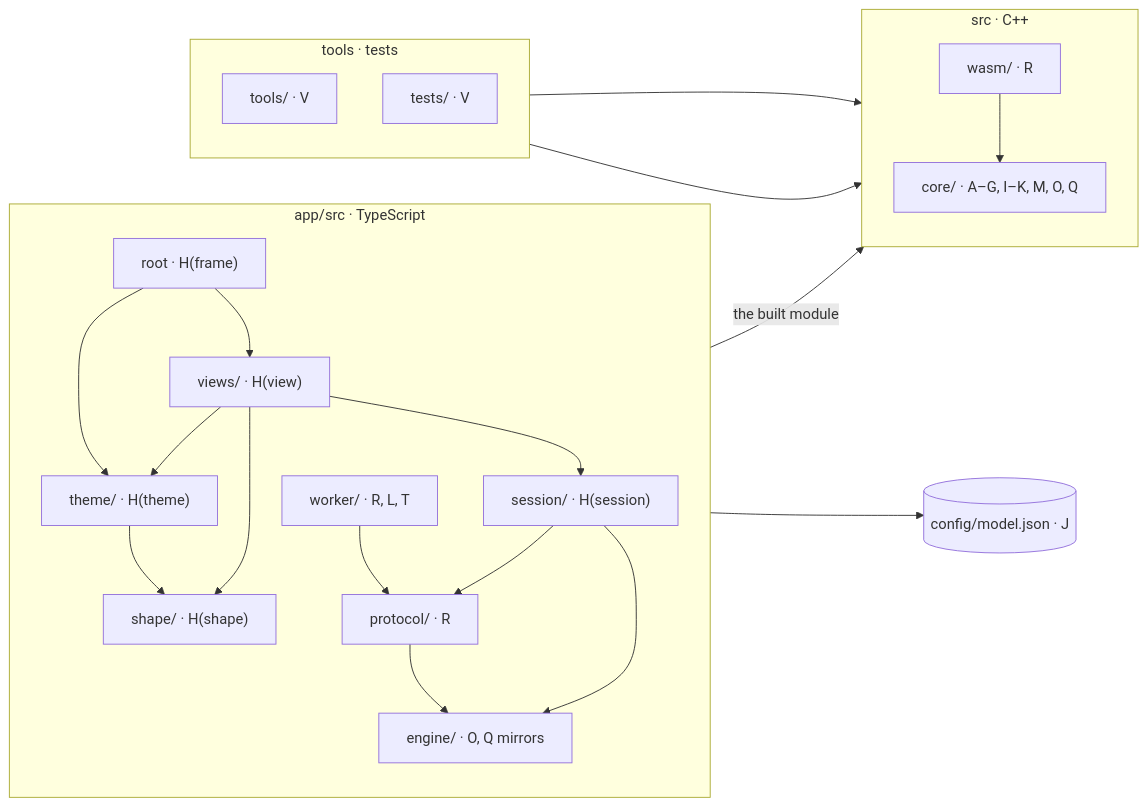
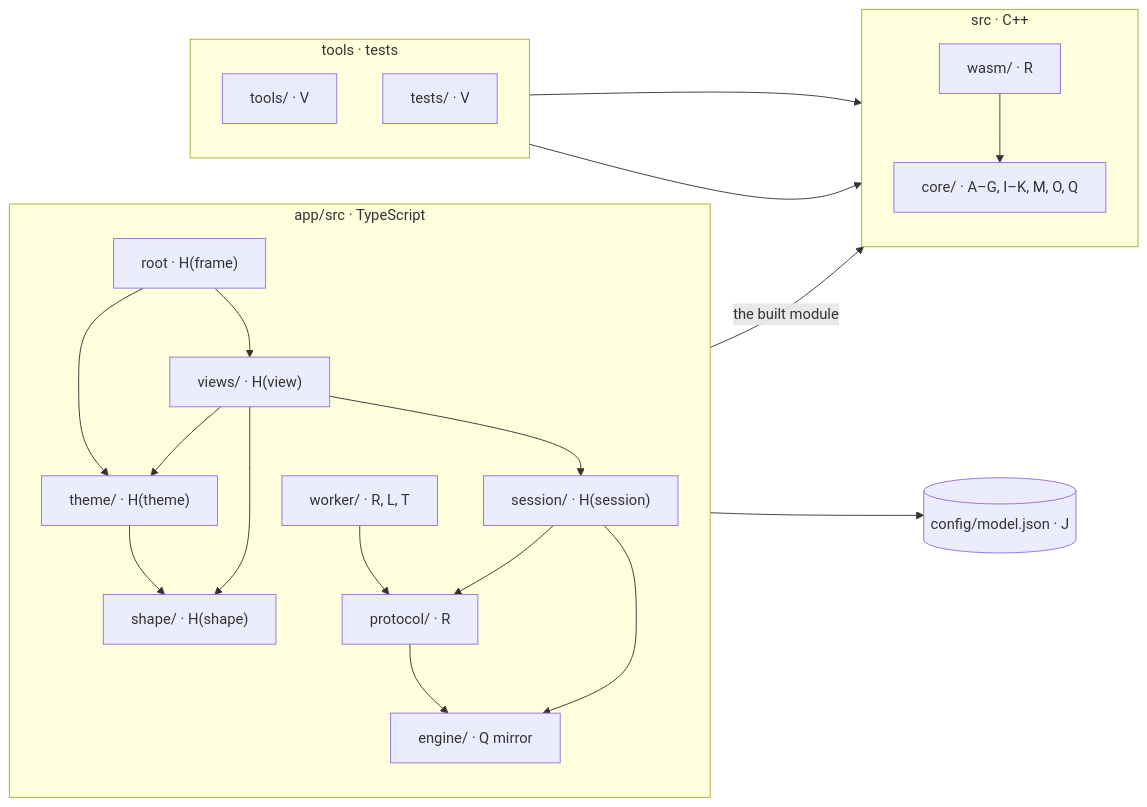
The diagram in docs/architecture/file-mapping.md (plainsight-systems/frizzle), drawn with Mermaid before and after one commit. The commit also changed other lines of this file and 6 other files, not shown here.

First line of the commit message:
Architecture: the documents describe the system as it is

````diff
--- a/docs/architecture/file-mapping.md
+++ b/docs/architecture/file-mapping.md
@@ -21,40 +14,40 @@
 ```mermaid
 flowchart LR
   subgraph app["app/src · TypeScript"]
     direction TB
     frame["root · H(frame)"]
     views["views/ · H(view)"]
     theme["theme/ · H(theme)"]
     session["session/ · H(session)"]
     shape["shape/ · H(shape)"]
-    mirrors["engine/ · O, Q mirrors"]
+    mirrors["engine/ · Q mirror"]
     protocol["protocol/ · R"]
     worker["worker/ · R, L, T"]
   end
   subgraph src["src · C++"]
     direction TB
     wasm["wasm/ · R"]
     core["core/ · A–G, I–K, M, O, Q"]
   end
   subgraph native["tools · tests"]
     direction TB
     tools["tools/ · V"]
     tests["tests/ · V"]
   end
   config[("config/model.json · J")]
   frame --> views
   frame --> theme
   views --> session
   views --> shape
   views --> theme
   theme --> shape
   session --> mirrors
   session --> protocol
   protocol --> mirrors
   worker --> protocol
   worker -->|"the built module"| wasm
   worker --> config
   wasm --> core
   tools --> core
   tests --> core
 ```
````
